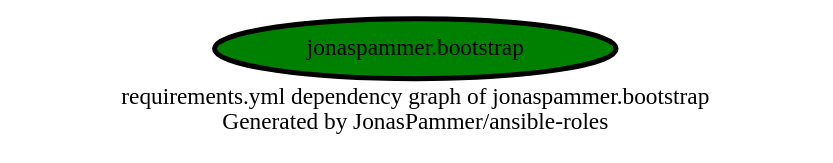
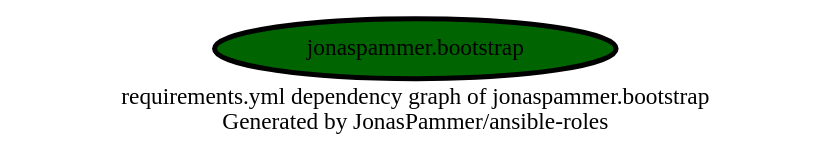
One commit to JonasPammer/ansible-roles changed the diagram in graphs/dependencies_bootstrap.dot. Above: the diagram before and after it, drawn with Graphviz. The commit also changed 33 other files, not shown here.

```diff
--- a/graphs/dependencies_bootstrap.dot
+++ b/graphs/dependencies_bootstrap.dot
@@ -1,11 +1,11 @@
 // This file is generated from `templates/dependencies_single.adoc.jinja2` by Github CI, all local changes will be lost eventually.
 digraph hierarchy {
   label = "requirements.yml dependency graph of jonaspammer.bootstrap \n Generated by JonasPammer/ansible-roles" ;
   overlap=false
 
   {
-    "jonaspammer.bootstrap" [fillcolor=green style=filled penwidth=3]
+    "jonaspammer.bootstrap" [fillcolor=darkgreen style=filled penwidth=3]
   }
 
 
 }
```
